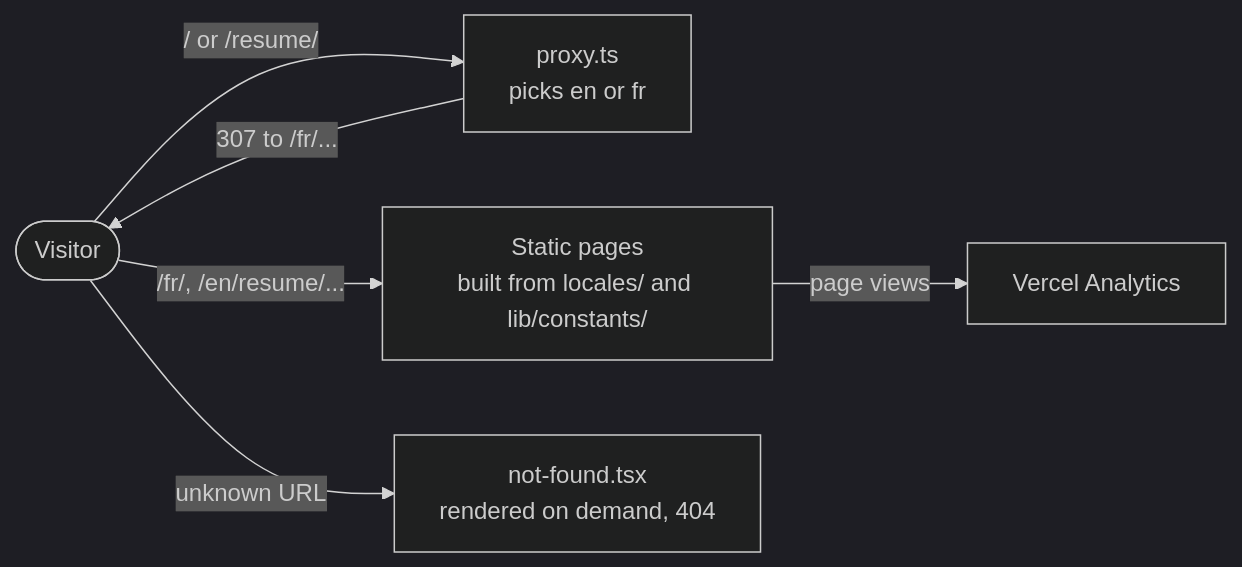
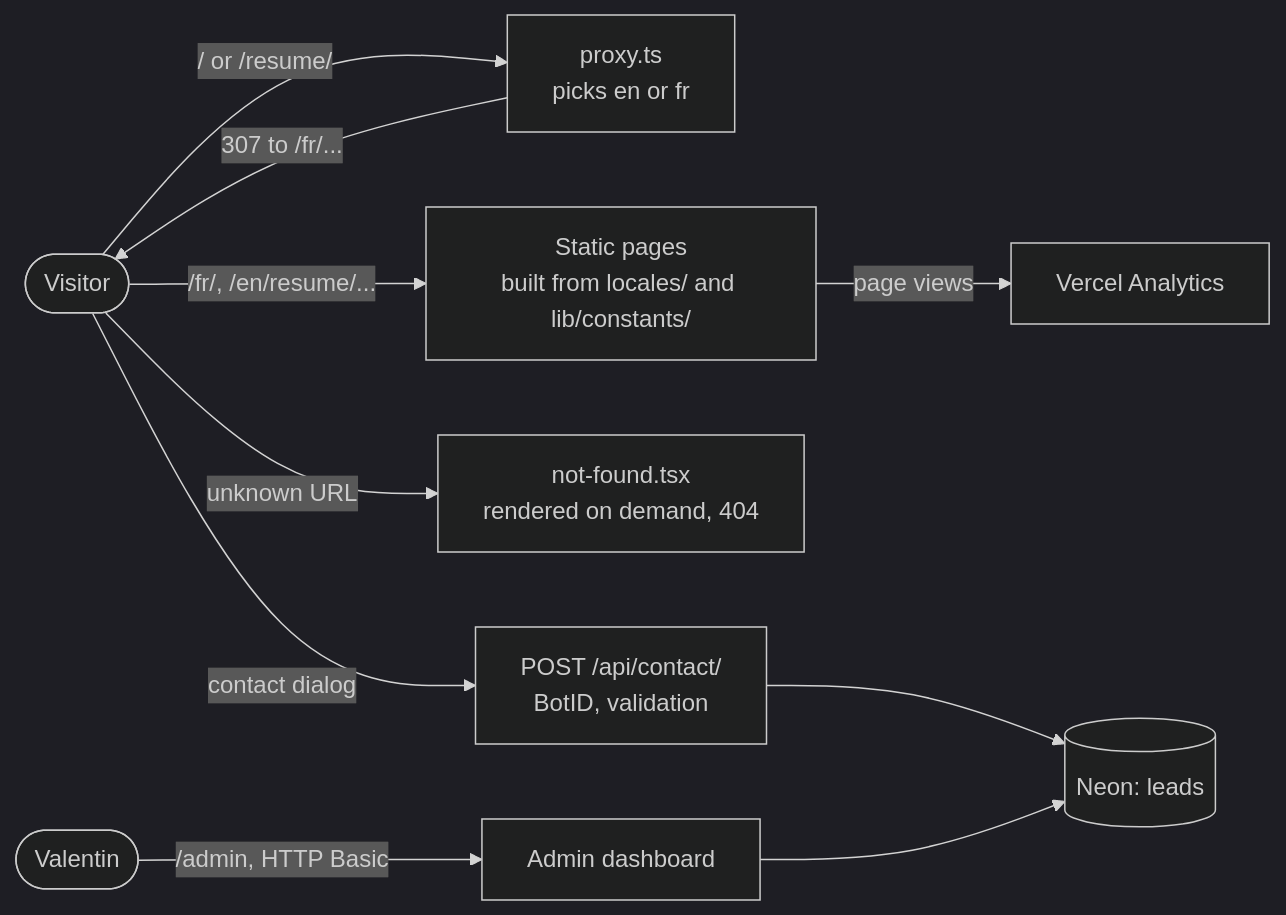
One commit to vahohenheim/personal-website changed the diagram in docs/architecture/overview.md. Above: the diagram before and after it, drawn with Mermaid (dark theme). The commit also changed other lines of this file and 12 other files, not shown here.

First line of the commit message:
:memo: document the contact form, the admin area and the database

````diff
--- a/docs/architecture/overview.md
+++ b/docs/architecture/overview.md
@@ -24,8 +24,12 @@
 ```mermaid
 flowchart LR
     V([Visitor]) -->|/ or /resume/| P[proxy.ts<br/>picks en or fr]
     P -->|307 to /fr/...| V
     V -->|/fr/, /en/resume/...| S[Static pages<br/>built from locales/ and lib/constants/]
     V -->|unknown URL| N[not-found.tsx<br/>rendered on demand, 404]
+    V -->|contact dialog| C[POST /api/contact/<br/>BotID, validation]
+    C --> DB[(Neon: leads)]
+    T([Valentin]) -->|/admin, HTTP Basic| ADM[Admin dashboard]
+    ADM --> DB
     S -->|page views| A[Vercel Analytics]
 ```
````
